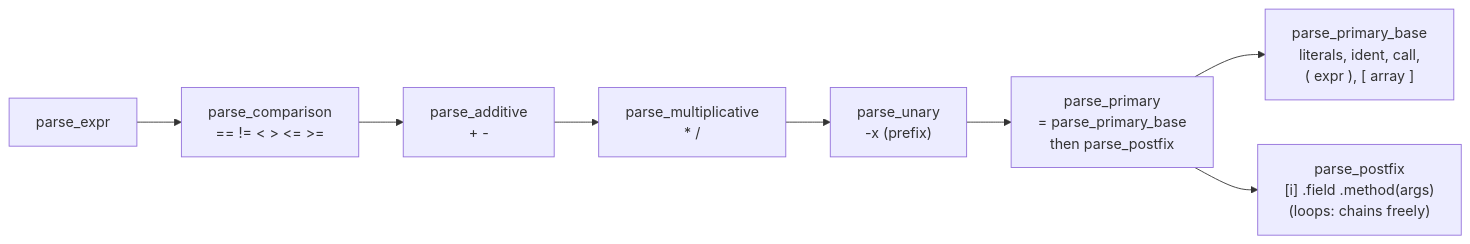
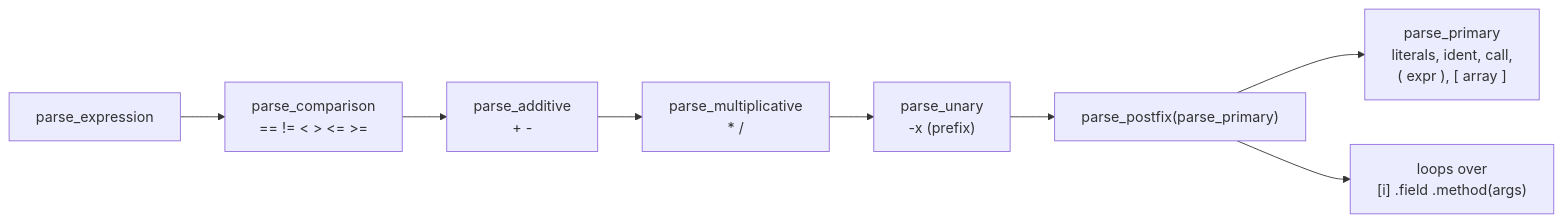
The third of 5 diagrams in docs/architecture.md (tiagoamaro/yara), drawn with Mermaid before and after one commit. The commit also changed other lines of this file and 68 other files, not shown here.

````diff
--- a/docs/architecture.md
+++ b/docs/architecture.md
@@ -58,10 +58,10 @@
 ```mermaid
 flowchart LR
-    E["parse_expr"] --> Cmp["parse_comparison\n== != &lt; &gt; &lt;= &gt;="]
+    E["parse_expression"] --> Cmp["parse_comparison\n== != &lt; &gt; &lt;= &gt;="]
     Cmp --> Add["parse_additive\n+  -"]
     Add --> Mul["parse_multiplicative\n*  /"]
     Mul --> Un["parse_unary\n-x (prefix)"]
-    Un --> Prim["parse_primary\n= parse_primary_base\n  then parse_postfix"]
-    Prim --> Base["parse_primary_base\nliterals, ident, call,\n( expr ), [ array ]"]
-    Prim --> Post["parse_postfix\n[i]  .field  .method(args)\n(loops: chains freely)"]
+    Un --> Post["parse_postfix(parse_primary)"]
+    Post --> Base["parse_primary\nliterals, ident, call,\n( expr ), [ array ]"]
+    Post --> Loop["loops over\n[i]  .field  .method(args)"]
 ```
````
